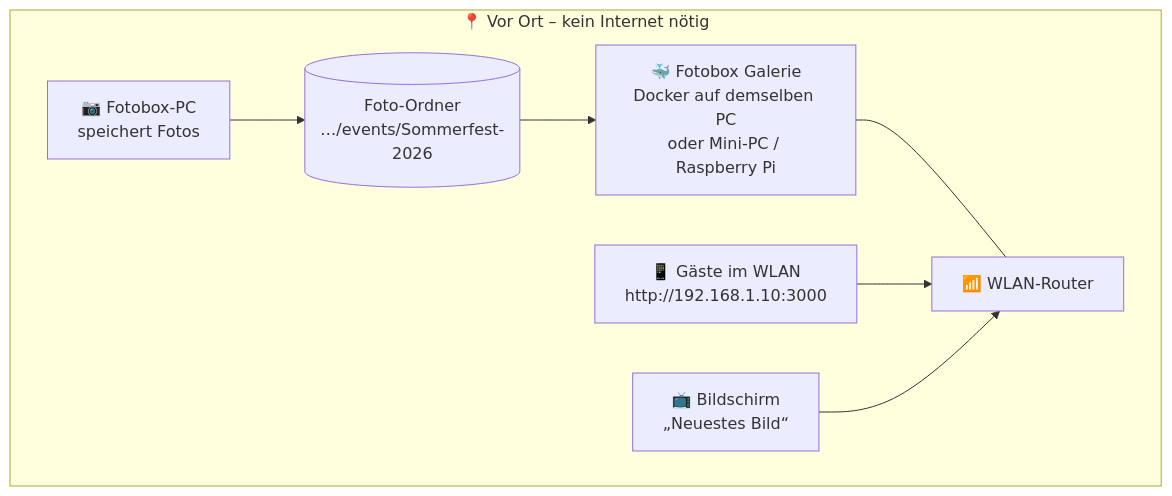
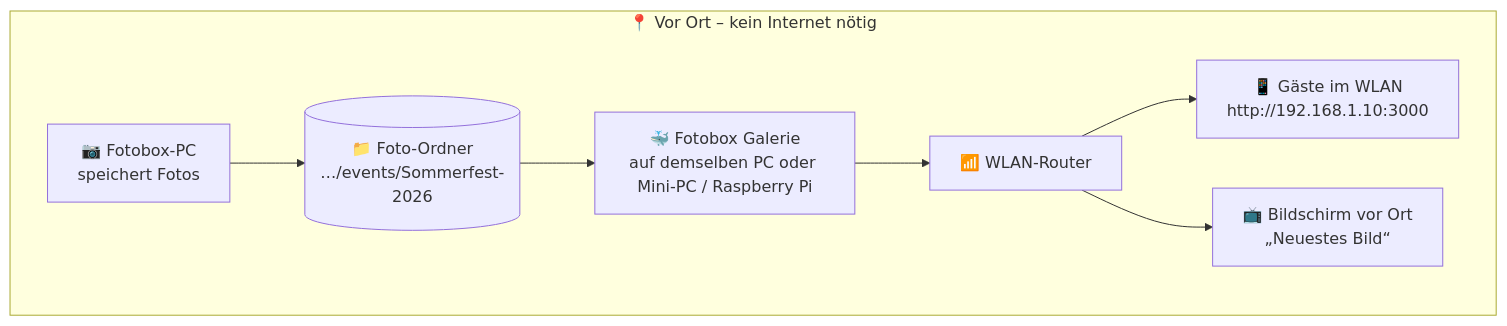
Before and after one commit to its-sven/Fotobox-Gallery-Server: the second of 2 diagrams in README.md, drawn with Mermaid. The commit also changed other lines of this file, not shown here.

Commit message:
README: Betriebsdiagramme kompakter (von oben nach unten)

````diff
--- a/README.md
+++ b/README.md
@@ -181,16 +171,10 @@
 ```mermaid
-flowchart LR
+flowchart TB
     subgraph event["📍 Vor Ort – kein Internet nötig"]
-        direction LR
-        box["📷 Fotobox-PC<br/>speichert Fotos"]
-        folder[("Foto-Ordner<br/>…/events/Sommerfest-2026")]
-        app["🐳 Fotobox Galerie<br/>Docker auf demselben PC<br/>oder Mini-PC / Raspberry Pi"]
-        wifi["📶 WLAN-Router"]
-        guests["📱 Gäste im WLAN<br/>http://192.168.1.10:3000"]
-        tv["📺 Bildschirm<br/>„Neuestes Bild“"]
-        box --> folder --> app
-        app --- wifi
-        guests --> wifi
-        tv --> wifi
+        box["📷 Fotobox-PC<br/>speichert Fotos"] --> folder[("📁 Foto-Ordner<br/>…/events/Sommerfest-2026")]
+        folder --> app["🐳 Fotobox Galerie<br/>auf demselben PC oder Mini-PC / Raspberry Pi"]
+        app --> wifi["📶 WLAN-Router"]
+        wifi --> guests["📱 Gäste im WLAN<br/>http://192.168.1.10:3000"]
+        wifi --> tv["📺 Bildschirm vor Ort<br/>„Neuestes Bild“"]
     end
 ```
````
